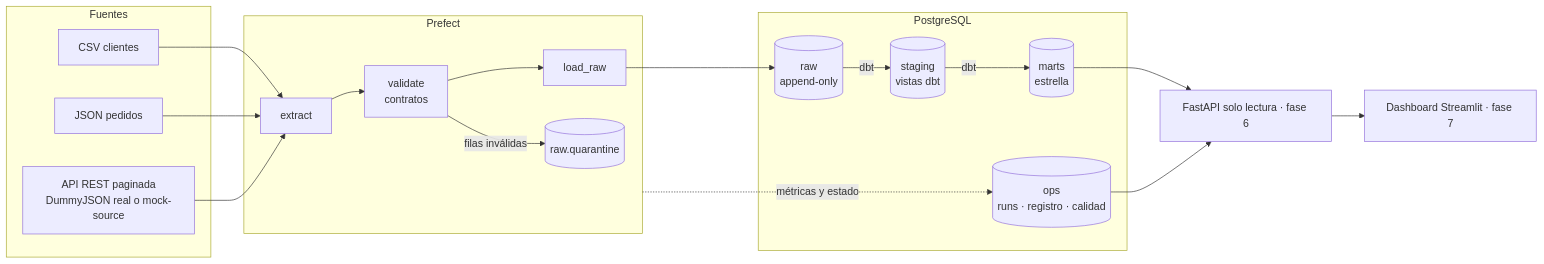
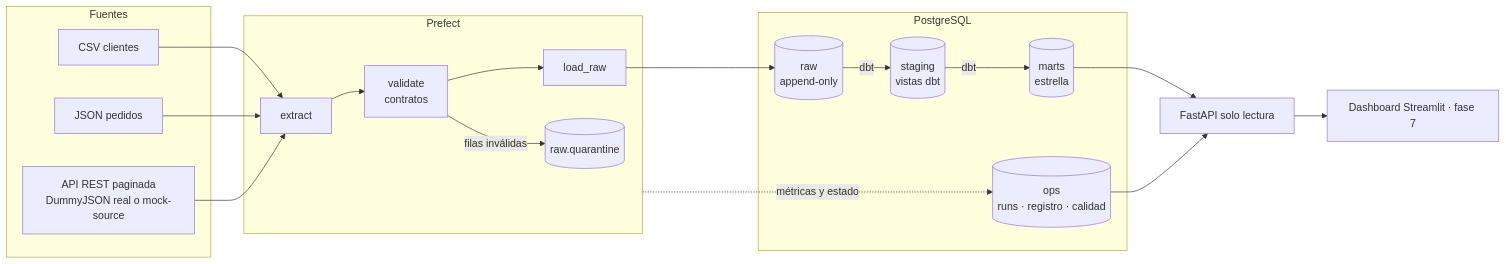
The first of 3 diagrams in docs/architecture.md (JuanSGarciaC/datapulse), drawn with Mermaid before and after one commit. The commit also changed other lines of this file and 18 other files, not shown here.

First line of the commit message:
feat: fase 6 - API de indicadores (solo lectura)

````diff
--- a/docs/architecture.md
+++ b/docs/architecture.md
@@ -8,30 +8,30 @@
 ```mermaid
 flowchart LR
     subgraph Fuentes
         CSV[CSV clientes]
         JSON[JSON pedidos]
         API[API REST paginada<br/>DummyJSON real o mock-source]
     end
 
     subgraph Orquestación["Prefect"]
         EX[extract] --> VA[validate<br/>contratos] --> LO[load_raw]
         VA -- filas inválidas --> Q[(raw.quarantine)]
     end
 
     subgraph PostgreSQL
         RAW[(raw<br/>append-only)]
         STG[(staging<br/>vistas dbt)]
         MART[(marts<br/>estrella)]
         OPS[(ops<br/>runs · registro · calidad)]
     end
 
     CSV --> EX
     JSON --> EX
     API --> EX
     LO --> RAW
     RAW -- dbt --> STG -- dbt --> MART
     Orquestación -. métricas y estado .-> OPS
-    MART --> FAPI[FastAPI solo lectura · fase 6]
+    MART --> FAPI[FastAPI solo lectura]
     OPS --> FAPI
     FAPI --> DASH[Dashboard Streamlit · fase 7]
 ```
````
